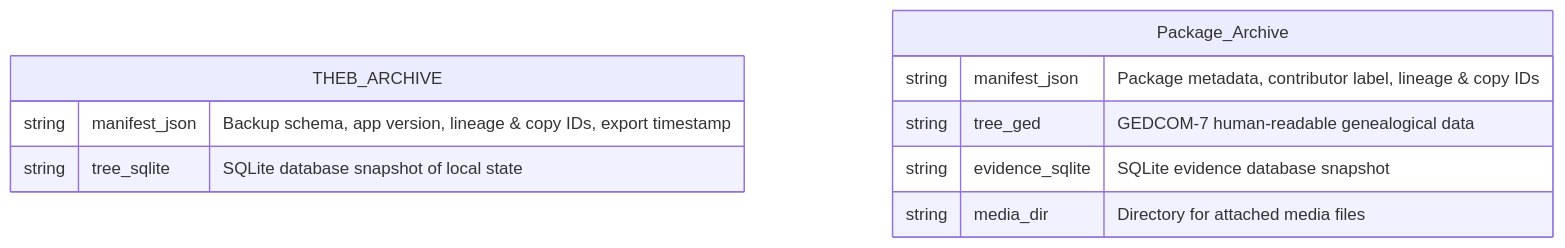
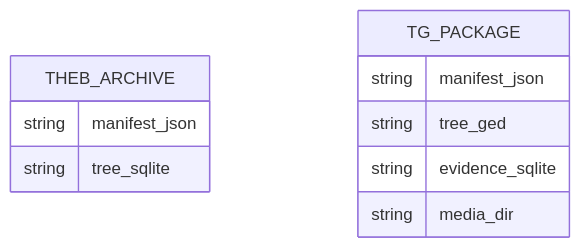
One commit to alerum68/Theogony changed the diagram in openwiki/integrations/backups-and-packages.md. Above: the diagram before and after it, drawn with Mermaid. The commit also changed other lines of this file and 22 other files, not shown here.

````diff
--- a/openwiki/integrations/backups-and-packages.md
+++ b/openwiki/integrations/backups-and-packages.md
@@ -40,13 +38,13 @@
 ```mermaid
 erDiagram
     THEB_ARCHIVE {
-        string manifest_json "Backup schema, app version, lineage & copy IDs, export timestamp"
-        string tree_sqlite "SQLite database snapshot of local state"
+        string manifest_json
+        string tree_sqlite
     }
-    Package_Archive {
-        string manifest_json "Package metadata, contributor label, lineage & copy IDs"
-        string tree_ged "GEDCOM-7 human-readable genealogical data"
-        string evidence_sqlite "SQLite evidence database snapshot"
-        string media_dir "Directory for attached media files"
+    TG_PACKAGE {
+        string manifest_json
+        string tree_ged
+        string evidence_sqlite
+        string media_dir
     }
 ```
````
